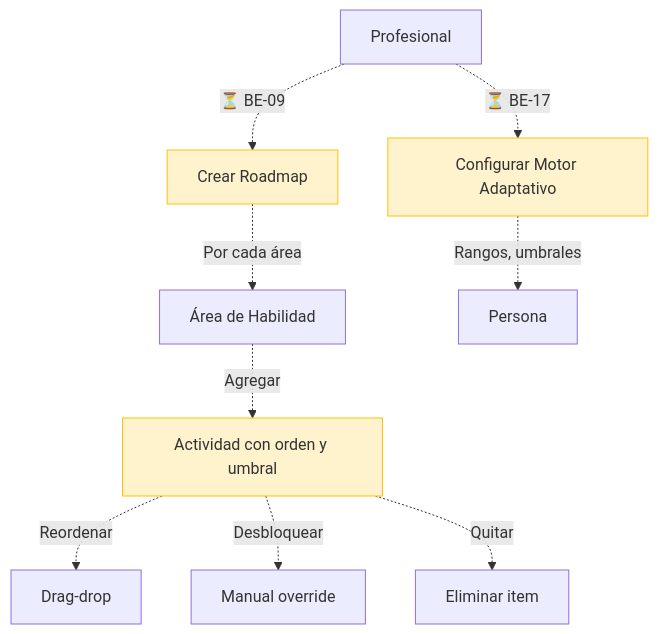
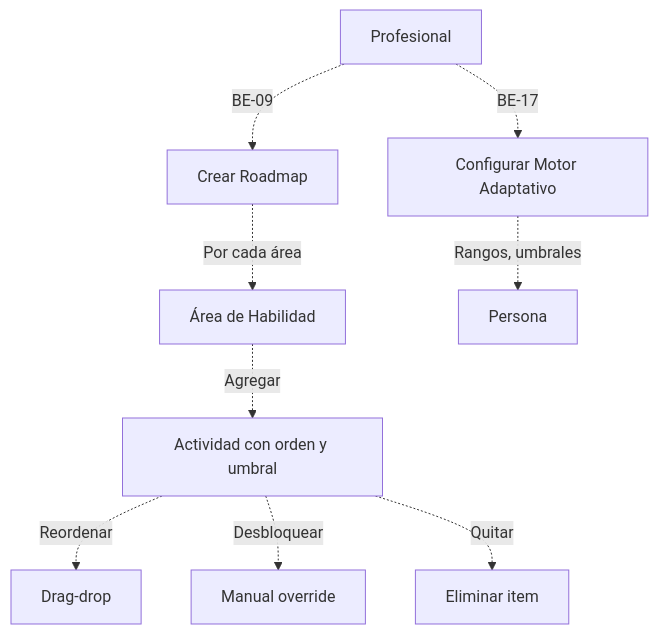
One commit to Sacha-html/InclusiON changed the diagram in Process/11-gestion-plan-trabajo.md. Above: the diagram before and after it, drawn with Mermaid. The commit also changed other lines of this file and 32 other files, not shown here.

First line of the commit message:
Add context diagram, data dictionary, and glossary for InclusiON system

````diff
--- a/Process/11-gestion-plan-trabajo.md
+++ b/Process/11-gestion-plan-trabajo.md
@@ -44,16 +44,13 @@
 ```mermaid
 flowchart TD
-    PROF[Profesional] -.->|⏳ BE-09| ROAD[Crear Roadmap]
+    PROF[Profesional] -.->|BE-09| ROAD[Crear Roadmap]
     ROAD -.->|Por cada área| AREA[Área de Habilidad]
     AREA -.->|Agregar| ACT[Actividad con orden y umbral]
     ACT -.->|Reordenar| REORD[Drag-drop]
     ACT -.->|Desbloquear| UNLOCK[Manual override]
     ACT -.->|Quitar| DEL[Eliminar item]
 
-    PROF -.->|⏳ BE-17| MDA_CFG[Configurar Motor Adaptativo]
+    PROF -.->|BE-17| MDA_CFG[Configurar Motor Adaptativo]
     MDA_CFG -.->|Rangos, umbrales| PCD[Persona]
 
-    style ROAD fill:#fff3cd,stroke:#ffc107
-    style ACT fill:#fff3cd,stroke:#ffc107
-    style MDA_CFG fill:#fff3cd,stroke:#ffc107
 ```
````
